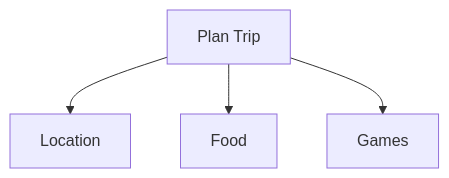
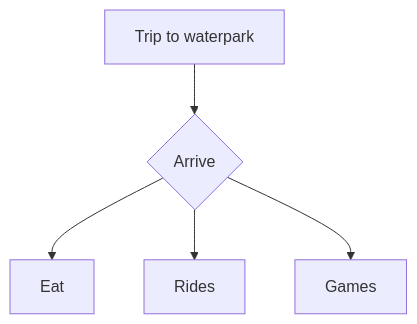
Before and after one commit to SMahabeer1/smahabeer1.github.io: the diagram in Diagram.md, drawn with Mermaid.

````diff
--- a/Diagram.md
+++ b/Diagram.md
@@ -1,7 +1,8 @@
 ```mermaid
 flowchart TD
- A[Plan Trip]-->B[Location]
- A-->C[Food]
- A-->D[Games]
+ A[Trip to waterpark]-->B{Arrive}
+ B-->C[Eat]
+ B-->D[Rides]
+ B-->E[Games]
 
 ```
````
